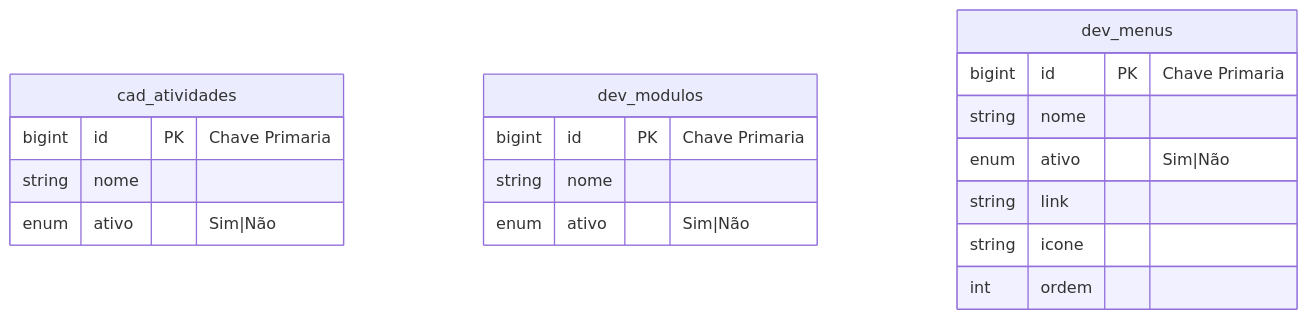
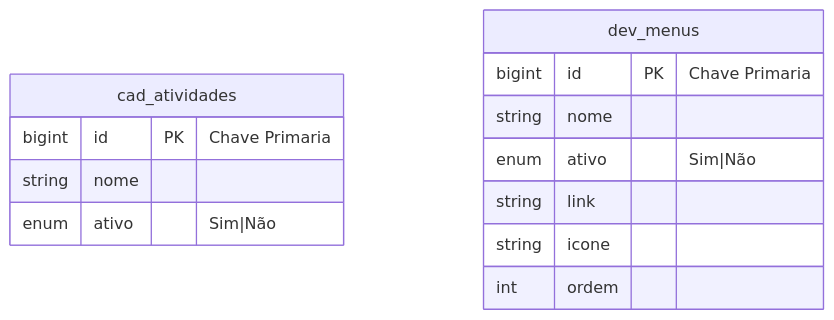
The fourth of 8 diagrams in doc/modulo/laboratório.md (o-novo-dev/projeto-sistema), drawn with Mermaid before and after one commit. The commit also changed other lines of this file and 30 other files, not shown here.

````diff
--- a/doc/modulo/laboratório.md
+++ b/doc/modulo/laboratório.md
@@ -84,21 +71,16 @@
 ```mermaid
 erDiagram
   cad_atividades {
-    bigint id PK "Chave Primaria"
-    string nome
-    enum ativo "Sim|Não"
-  }
-  dev_modulos {
     bigint id PK "Chave Primaria"
     string nome
     enum ativo "Sim|Não"
   }
   dev_menus {
     bigint id PK "Chave Primaria"
     string nome
     enum ativo "Sim|Não"
     string link
     string icone
     int ordem
   }
 ```
````
